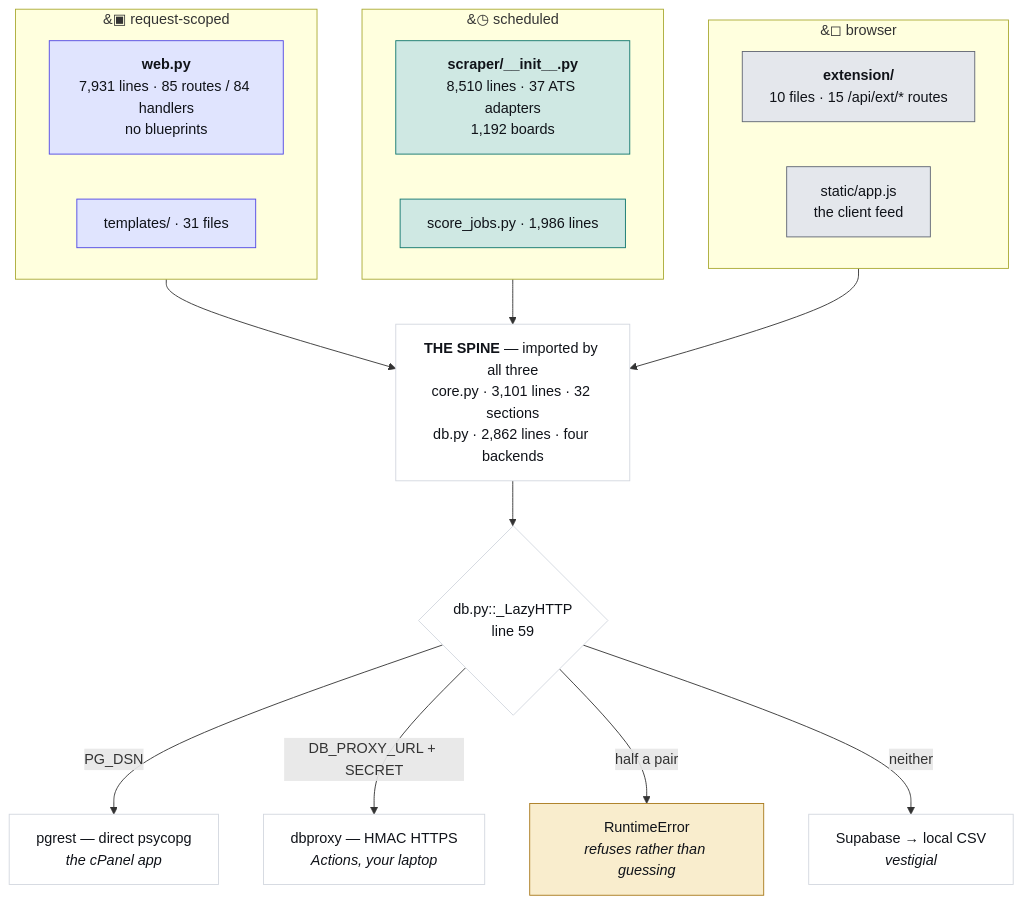
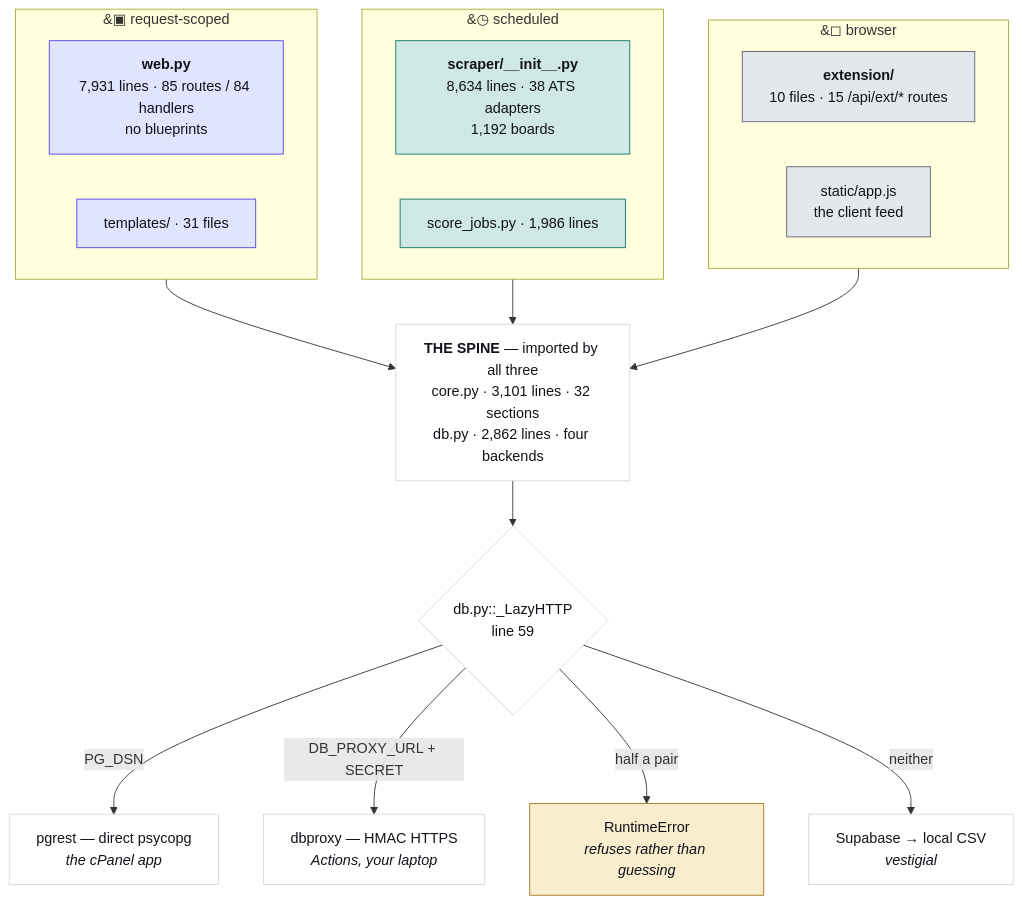
The first of 4 diagrams in JobMatch Scraper/docs/ARCHITECTURE.md (hadakunal909-debug/job-search-tool), drawn with Mermaid before and after one commit. The commit also changed other lines of this file and 6 other files, not shown here.

````diff
--- a/JobMatch Scraper/docs/ARCHITECTURE.md
+++ b/JobMatch Scraper/docs/ARCHITECTURE.md
@@ -45,34 +45,34 @@
 ```mermaid
 flowchart TB
   subgraph REQ["&#9635; request-scoped"]
     W["<b>web.py</b><br/>7,931 lines · 85 routes / 84 handlers<br/>no blueprints"]
     T["templates/ · 31 files"]
   end
   subgraph SCH["&#9719; scheduled"]
-    S["<b>scraper/__init__.py</b><br/>8,510 lines · 37 ATS adapters<br/>1,192 boards"]
+    S["<b>scraper/__init__.py</b><br/>8,634 lines · 38 ATS adapters<br/>1,192 boards"]
     J["score_jobs.py · 1,986 lines"]
   end
   subgraph CLI["&#9723; browser"]
     E["<b>extension/</b><br/>10 files · 15 /api/ext/* routes"]
     A["static/app.js<br/>the client feed"]
   end
   SPINE["<b>THE SPINE</b> — imported by all three<br/>core.py · 3,101 lines · 32 sections<br/>db.py · 2,862 lines · four backends"]
   REQ --> SPINE
   SCH --> SPINE
   CLI --> SPINE
   SPINE --> D{"db.py::_LazyHTTP<br/>line 59"}
   D -->|"PG_DSN"| P["pgrest — direct psycopg<br/><i>the cPanel app</i>"]
   D -->|"DB_PROXY_URL + SECRET"| X["dbproxy — HMAC HTTPS<br/><i>Actions, your laptop</i>"]
   D -->|"half a pair"| R["RuntimeError<br/><i>refuses rather than guessing</i>"]
   D -->|"neither"| V["Supabase → local CSV<br/><i>vestigial</i>"]
   classDef web fill:#e0e4fe,stroke:#4f46e5,color:#101319
   classDef sched fill:#cfe8e3,stroke:#0f766e,color:#101319
   classDef client fill:#e4e7ec,stroke:#5f6573,color:#101319
   classDef trap fill:#f9edcd,stroke:#a8781a,color:#101319
   classDef plain fill:#ffffff,stroke:#d3d7df,color:#101319
   class W,T web
   class S,J sched
   class E,A client
   class R trap
   class SPINE,D,P,X,V plain
 ```
````
